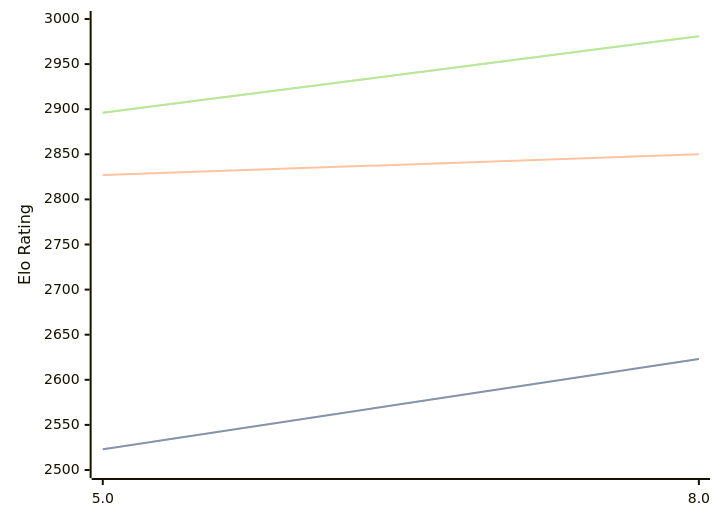
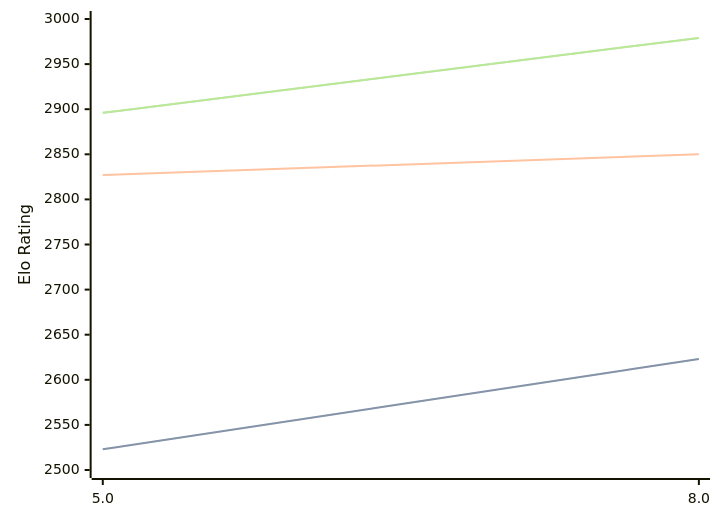
The diagram in engines/4kc.md (computer-chess-index/cci), drawn with Mermaid before and after one commit. The commit also changed other lines of this file, not shown here.

Commit message:
Update CCI Ratings (ELO VLTC) - 2026-04-29

````diff
--- a/engines/4kc.md
+++ b/engines/4kc.md
@@ -41,11 +41,11 @@
 ```mermaid
 %%{init: {"theme":"base","themeVariables":{"seriesColors:['#a3a3a3','#222221','#faa371']}}}%%
 xychart-beta
   x-axis ["5.0", "8.0"]
   y-axis "Elo Rating" 2500 --> 3000
   line "STC (8.0+0.08s)" [2523, 2623]
   line "STC (8.0+0.08s)" [2523, 2623]
   line "LTC (60.0+0.60s)" [2827, 2850]
-  line "VLTC (2m24s+1.12s)" [2896, 2981]
-  line "VLTC (2m24s+1.12s)" [2896, 2981]
+  line "VLTC (2m24s+1.12s)" [2896, 2979]
+  line "VLTC (2m24s+1.12s)" [2896, 2979]
 ```
````
